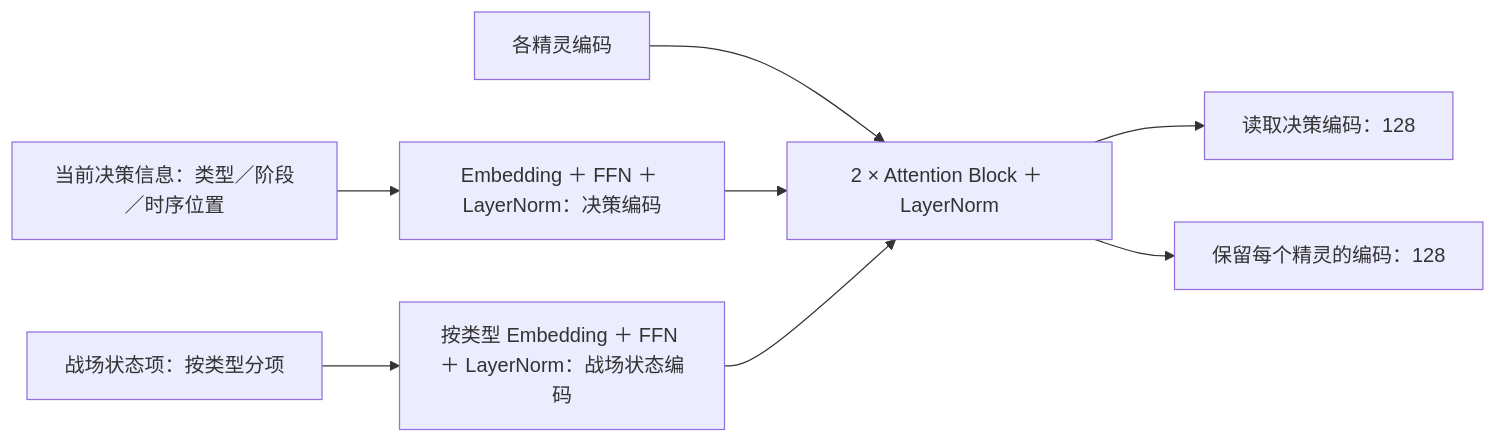
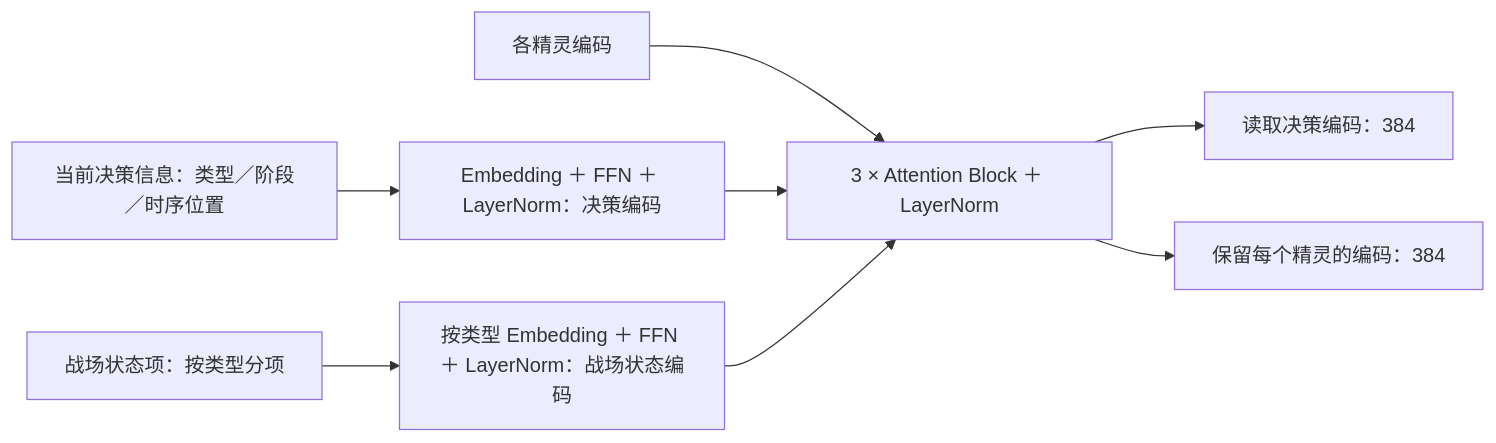
The second of 7 diagrams in MODEL_DESIGN.md (ChickenD233/Alpha-Roco), drawn with Mermaid before and after one commit. The commit also changed other lines of this file and 16 other files, not shown here.

````diff
--- a/MODEL_DESIGN.md
+++ b/MODEL_DESIGN.md
@@ -65,10 +72,10 @@
 ```mermaid
 flowchart LR
     D["当前决策信息：类型／阶段／时序位置"] --> DE["Embedding ＋ FFN ＋ LayerNorm：决策编码"]
     S["战场状态项：按类型分项"] --> SE["按类型 Embedding ＋ FFN ＋ LayerNorm：战场状态编码"]
-    P["各精灵编码"] --> A["2 × Attention Block ＋ LayerNorm"]
+    P["各精灵编码"] --> A["3 × Attention Block ＋ LayerNorm"]
     DE --> A
     SE --> A
-    A --> Q["读取决策编码：128"]
-    A --> PE["保留每个精灵的编码：128"]
+    A --> Q["读取决策编码：384"]
+    A --> PE["保留每个精灵的编码：384"]
 ```
````
